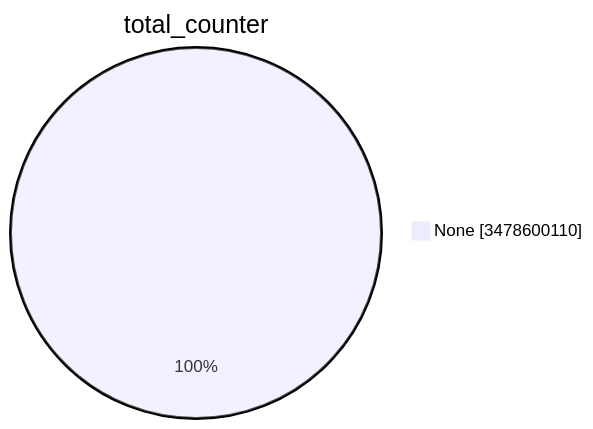
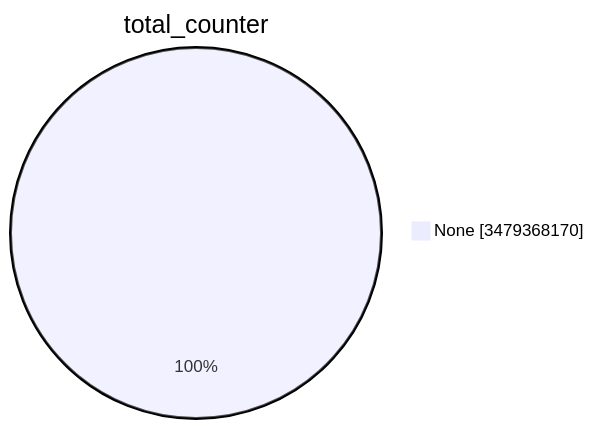
The first of 15 diagrams in TOTAL/README.md (christiankrug/ctmonitor_visualization), drawn with Mermaid before and after one commit. The commit also changed other lines of this file, not shown here.

````diff
--- a/TOTAL/README.md
+++ b/TOTAL/README.md
@@ -1,5 +1,5 @@
 ```mermaid
 pie showData
 title total_counter
-"None" :3478600110
+"None" :3479368170
 ```
````
